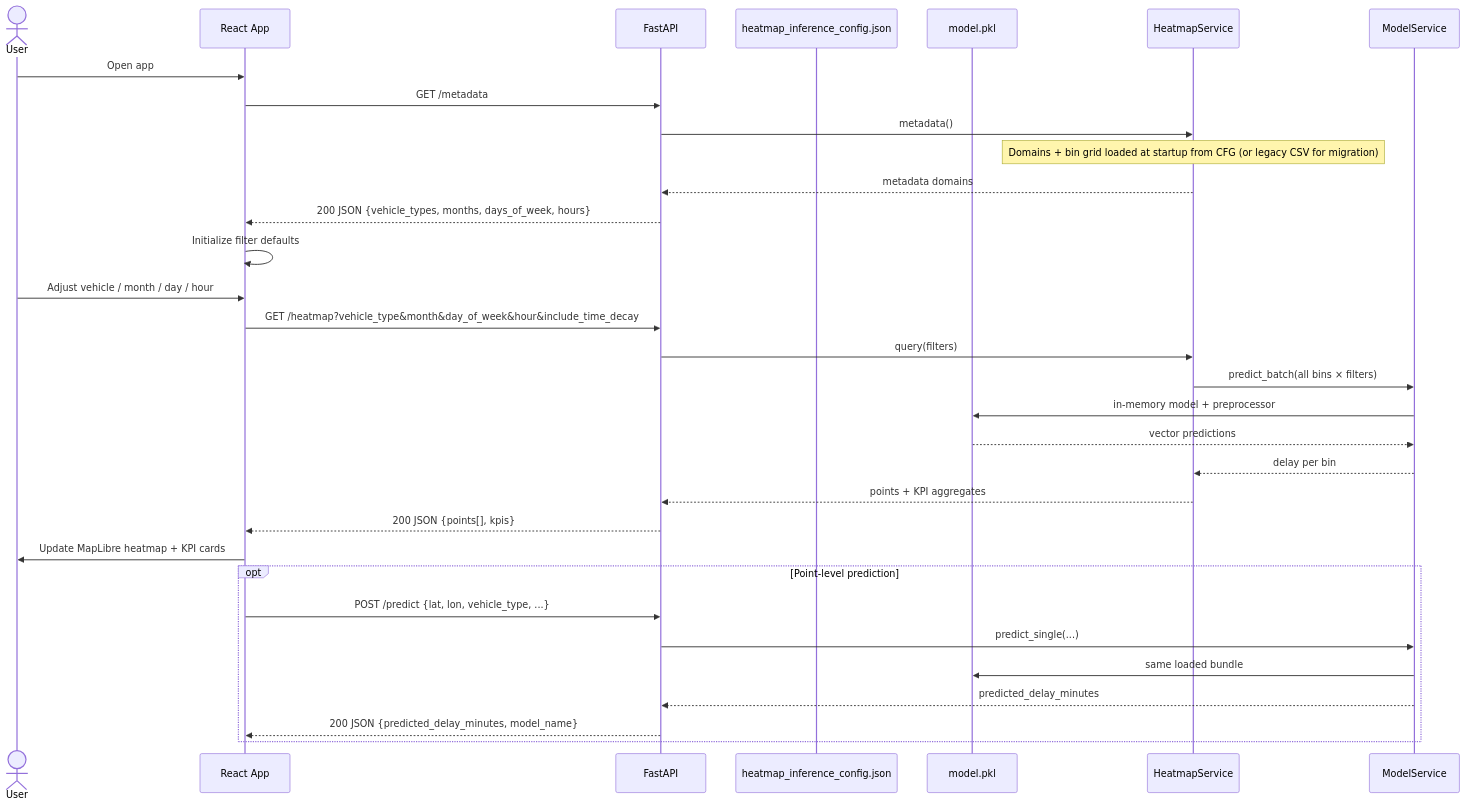
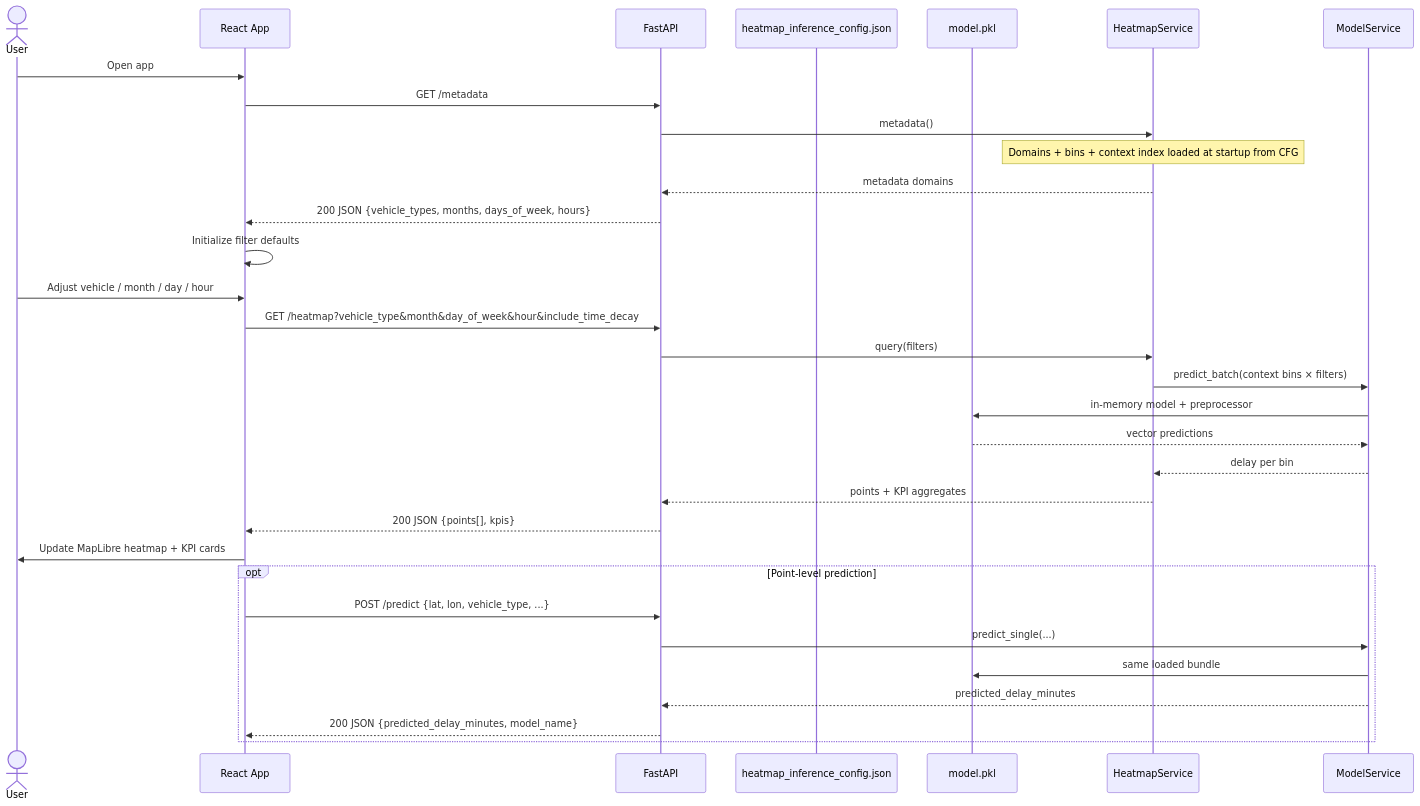
One commit to rosadigital/centennialCollege_AICapstoneProject changed the third of 4 diagrams in README.md. Above: the diagram before and after it, drawn with Mermaid. The commit also changed other lines of this file and 2 other files, not shown here.

First line of the commit message:
docs: heatmap config requires context_bin_indices; no legacy CSV for API

````diff
--- a/README.md
+++ b/README.md
@@ -89,37 +89,37 @@
 ```mermaid
 sequenceDiagram
     actor User
     participant App as React App
     participant API as FastAPI
     participant CFG as heatmap_inference_config.json
     participant MFile as model.pkl
     participant HSvc as HeatmapService
     participant MSvc as ModelService
 
     User->>App: Open app
     App->>API: GET /metadata
     API->>HSvc: metadata()
-    Note over HSvc: Domains + bin grid loaded at startup from CFG (or legacy CSV for migration)
+    Note over HSvc: Domains + bins + context index loaded at startup from CFG
     HSvc-->>API: metadata domains
     API-->>App: 200 JSON {vehicle_types, months, days_of_week, hours}
     App->>App: Initialize filter defaults
 
     User->>App: Adjust vehicle / month / day / hour
     App->>API: GET /heatmap?vehicle_type&month&day_of_week&hour&include_time_decay
     API->>HSvc: query(filters)
-    HSvc->>MSvc: predict_batch(all bins × filters)
+    HSvc->>MSvc: predict_batch(context bins × filters)
     MSvc->>MFile: in-memory model + preprocessor
     MFile-->>MSvc: vector predictions
     MSvc-->>HSvc: delay per bin
     HSvc-->>API: points + KPI aggregates
     API-->>App: 200 JSON {points[], kpis}
     App->>User: Update MapLibre heatmap + KPI cards
 
     opt Point-level prediction
         App->>API: POST /predict {lat, lon, vehicle_type, ...}
         API->>MSvc: predict_single(...)
         MSvc->>MFile: same loaded bundle
         MSvc-->>API: predicted_delay_minutes
         API-->>App: 200 JSON {predicted_delay_minutes, model_name}
     end
 ```
````
